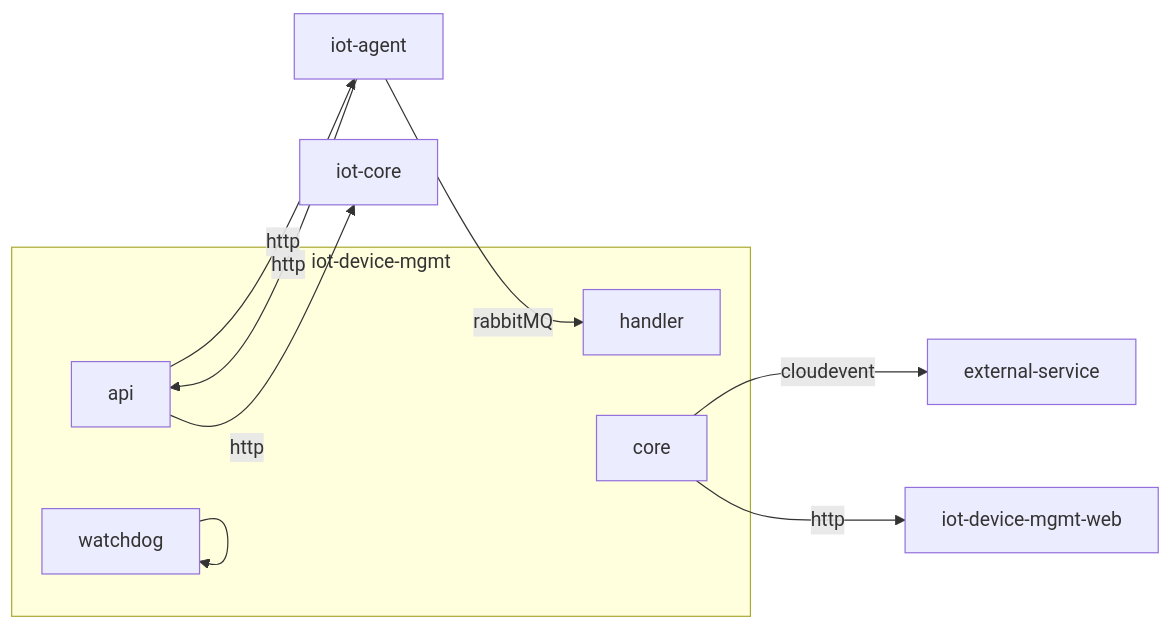
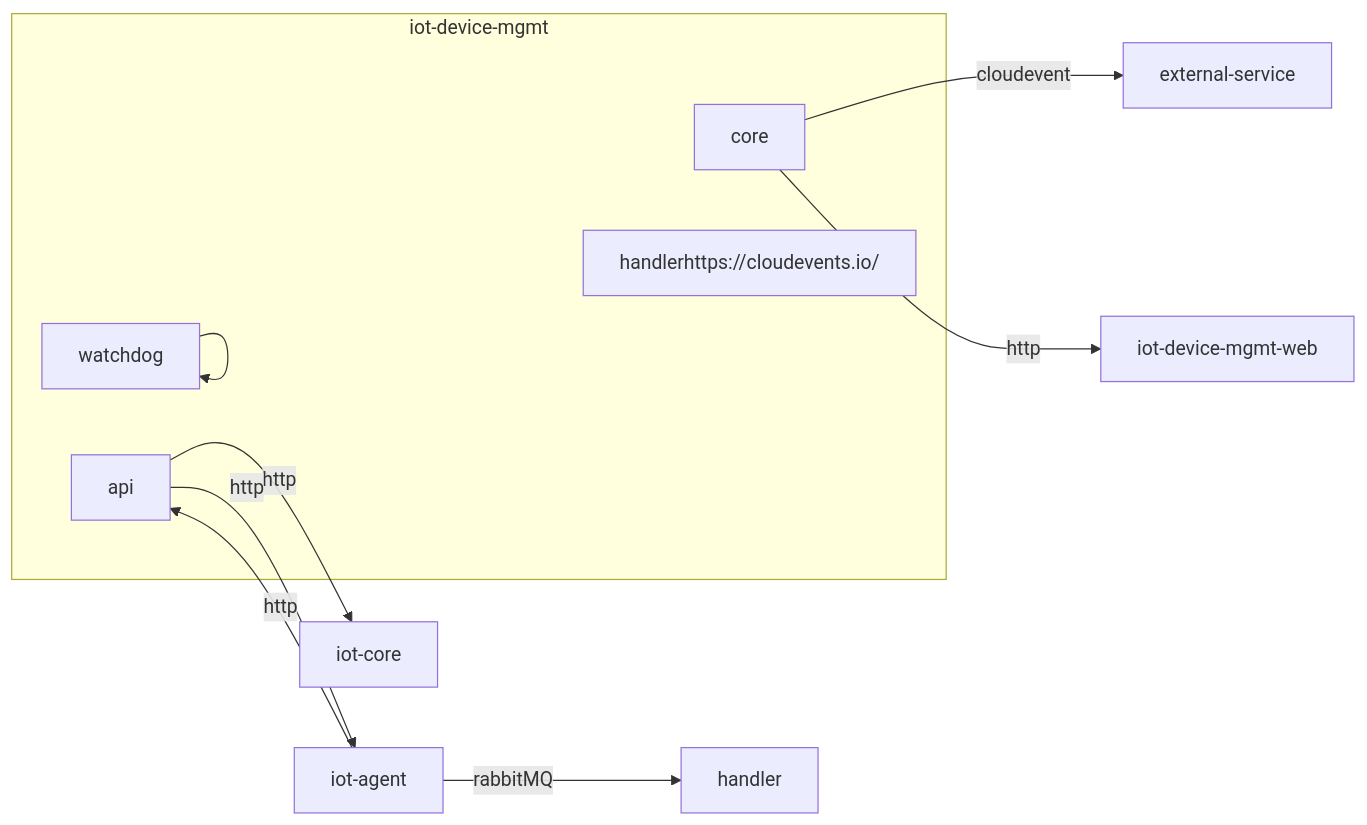
The diagram in README.md (diwise/iot-device-mgmt), drawn with Mermaid before and after one commit.

````diff
--- a/README.md
+++ b/README.md
@@ -6,14 +6,14 @@
 ```mermaid
 flowchart LR
     api --http--> iot-core
     iot-agent --http--> api --http--> iot-agent
     iot-agent --rabbitMQ-->handler
     core --cloudevent-->external-service
     core --http--> iot-device-mgmt-web
     subgraph iot-device-mgmt
         api
-        handler
+        handlerhttps://cloudevents.io/
         core
         watchdog-->watchdog
     end 
 ```
````
